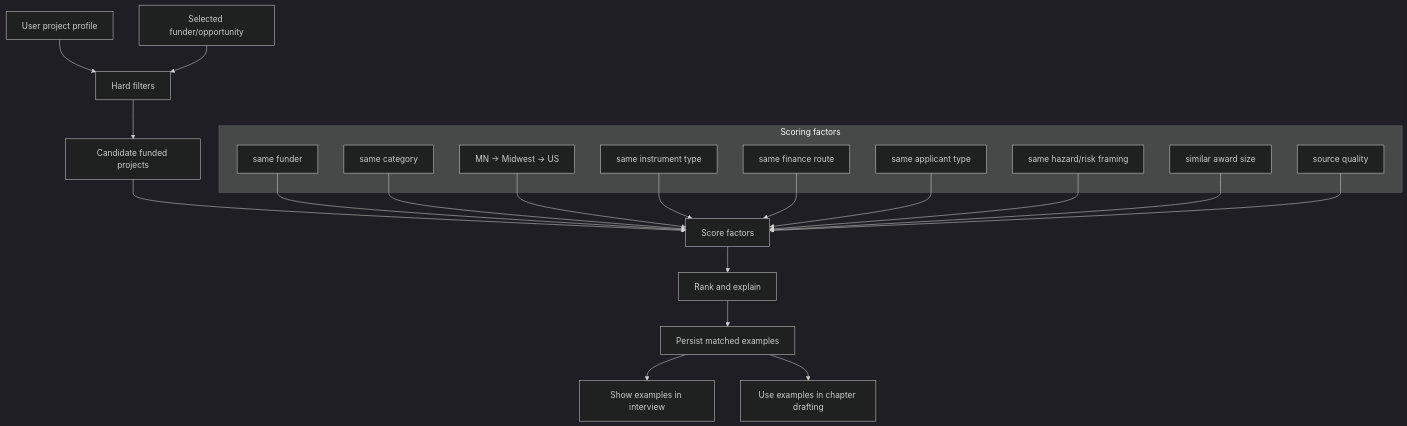
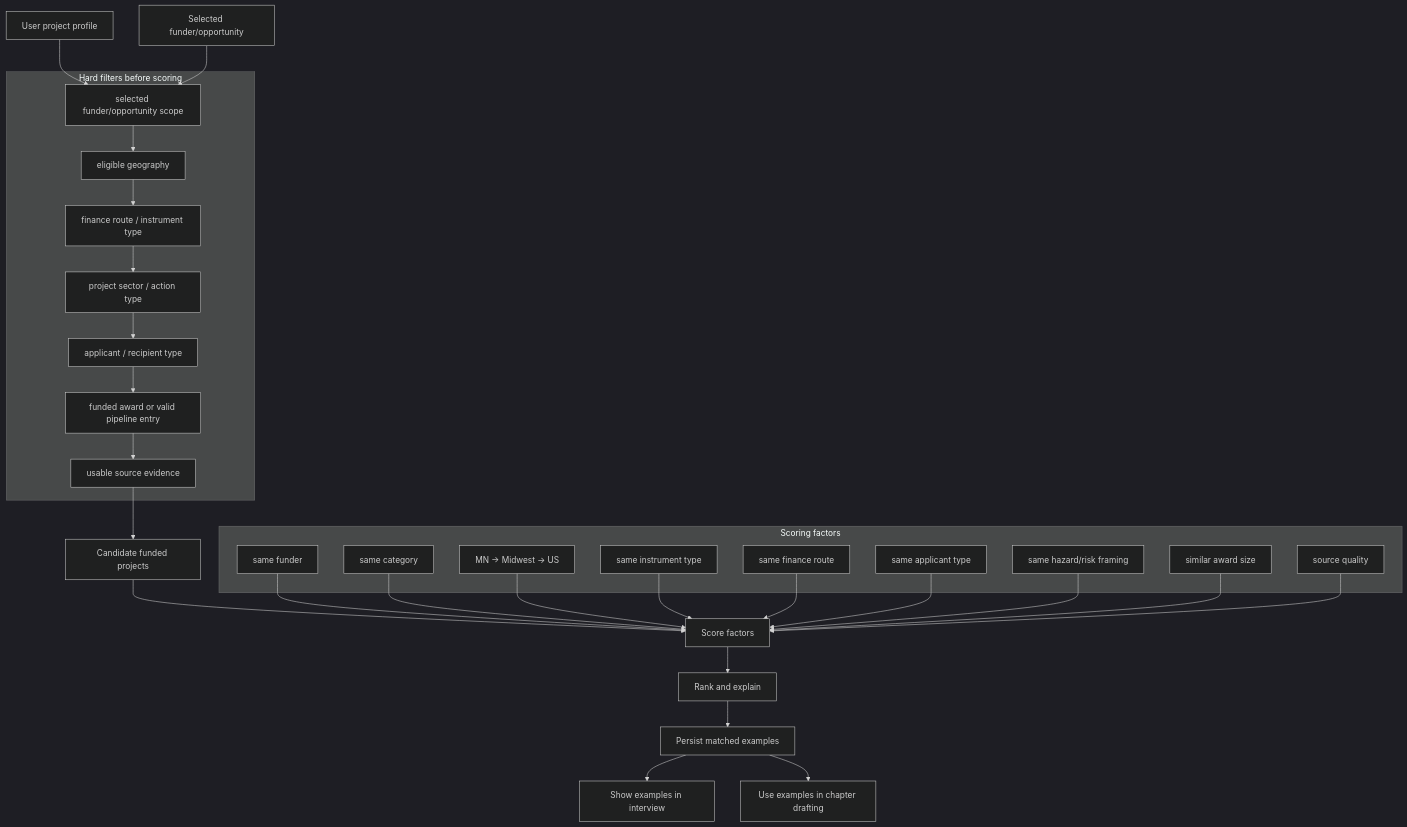
Before and after one commit to Open-Earth-Foundation/CityCatalyst: the eighth of 14 diagrams in docs/ConceptNoteBuilderArchitecture.md, drawn with Mermaid (dark theme). The commit also changed other lines of this file, not shown here.

Commit message:
docs: explain similar project hard filters

````diff
--- a/docs/ConceptNoteBuilderArchitecture.md
+++ b/docs/ConceptNoteBuilderArchitecture.md
@@ -631,33 +631,50 @@
 ```mermaid
 flowchart TB
-    Project["User project profile"] --> Filters["Hard filters"]
-    Funder["Selected funder/opportunity"] --> Filters
-    Filters --> CandidateSet["Candidate funded projects"]
+    Project["User project profile"] --> ProgramGate
+    Funder["Selected funder/opportunity"] --> ProgramGate
+
+    subgraph HardFilters["Hard filters before scoring"]
+        ProgramGate["selected funder/opportunity scope"]
+        GeographyGate["eligible geography"]
+        InstrumentGate["finance route / instrument type"]
+        CategoryGate["project sector / action type"]
+        ApplicantGate["applicant / recipient type"]
+        StatusGate["funded award or valid pipeline entry"]
+        EvidenceGate["usable source evidence"]
+    end
+
+    ProgramGate --> GeographyGate
+    GeographyGate --> InstrumentGate
+    InstrumentGate --> CategoryGate
+    CategoryGate --> ApplicantGate
+    ApplicantGate --> StatusGate
+    StatusGate --> EvidenceGate
+    EvidenceGate --> CandidateSet["Candidate funded projects"]
     CandidateSet --> Score["Score factors"]
     Score --> Rank["Rank and explain"]
     Rank --> StoreMatch["Persist matched examples"]
     StoreMatch --> UI["Show examples in interview"]
     StoreMatch --> Draft["Use examples in chapter drafting"]
 
     subgraph Factors["Scoring factors"]
         SameFunder["same funder"]
         Category["same category"]
         Region["MN -> Midwest -> US"]
         Instrument["same instrument type"]
         Route["same finance route"]
         Applicant["same applicant type"]
         Hazards["same hazard/risk framing"]
         AwardSize["similar award size"]
         Evidence["source quality"]
     end
 
     SameFunder --> Score
     Category --> Score
     Region --> Score
     Instrument --> Score
     Route --> Score
     Applicant --> Score
     Hazards --> Score
     AwardSize --> Score
     Evidence --> Score
 ```
````
